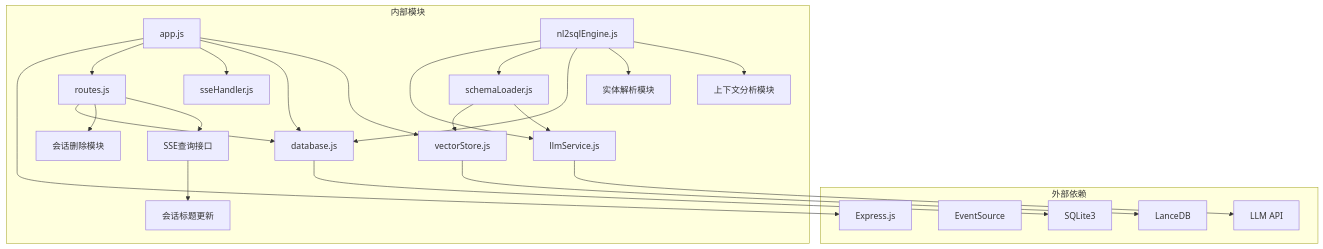
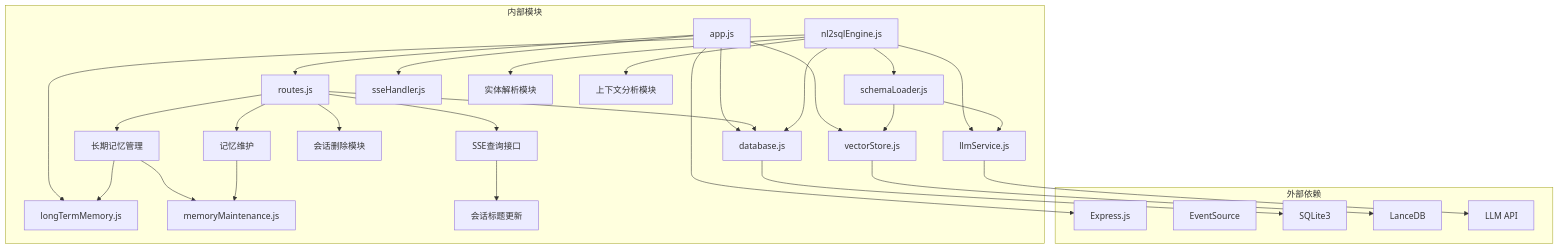
One commit to HanHuiOnLine/724-office changed diagram 12 of 12 in .qoder/repowiki/zh/content/API参考/NL2SQL API参考.md. Above: the diagram before and after it, drawn with Mermaid. The commit also changed other lines of this file and 14 other files, not shown here.

Commit message:
优化意图识别

````diff
--- a/.qoder/repowiki/zh/content/API参考/NL2SQL API参考.md
+++ b/.qoder/repowiki/zh/content/API参考/NL2SQL API参考.md
@@ -613,44 +866,54 @@
 ```mermaid
 graph TB
 subgraph "外部依赖"
 A[Express.js]
 B[EventSource]
 C[SQLite3]
 D[LanceDB]
 E[LLM API]
 end
 subgraph "内部模块"
 F[app.js]
 G[routes.js]
 H[nl2sqlEngine.js]
 I[llmService.js]
 J[schemaLoader.js]
 K[database.js]
 L[vectorStore.js]
 M[sseHandler.js]
-N[实体解析模块]
-O[上下文分析模块]
-P[会话删除模块]
-Q[SSE查询接口]
-R[会话标题更新]
+N[longTermMemory.js]
+O[memoryMaintenance.js]
+P[实体解析模块]
+Q[上下文分析模块]
+R[会话删除模块]
+S[SSE查询接口]
+T[会话标题更新]
+U[长期记忆管理]
+V[记忆维护]
 end
 F --> A
 F --> G
 F --> M
 F --> K
 F --> L
 G --> K
 H --> I
 H --> J
 H --> K
 H --> N
-H --> O
+H --> P
+H --> Q
 I --> E
 J --> L
 J --> I
 K --> C
 L --> D
-G --> P
-G --> Q
-Q --> R
+G --> R
+G --> S
+G --> U
+G --> V
+U --> N
+U --> O
+V --> O
+S --> T
 ```
````
